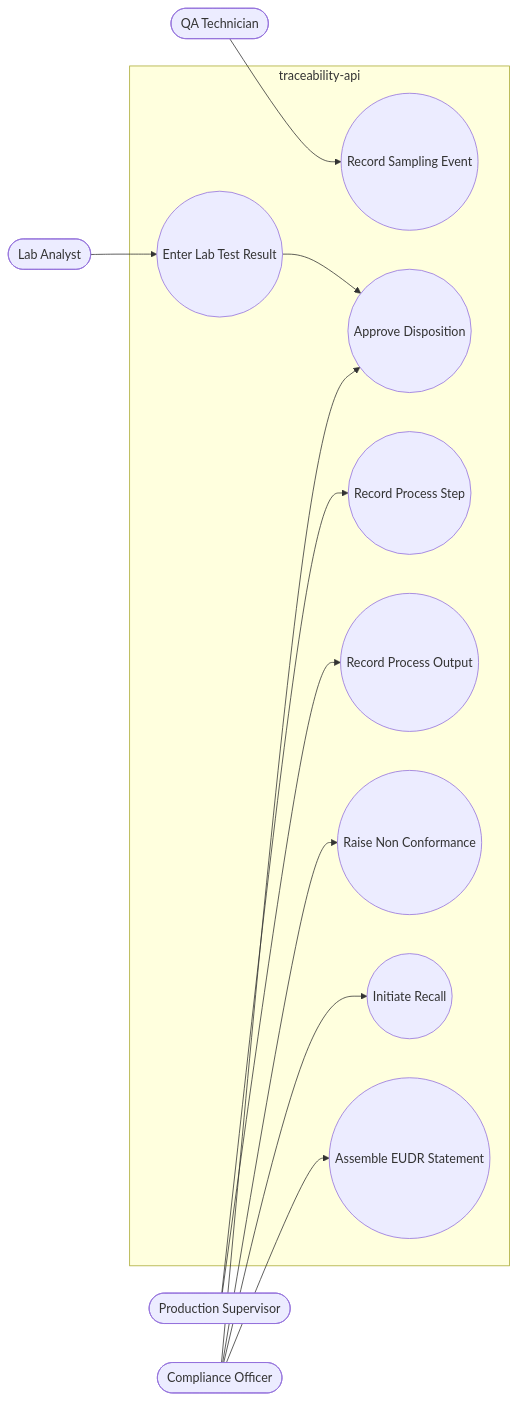
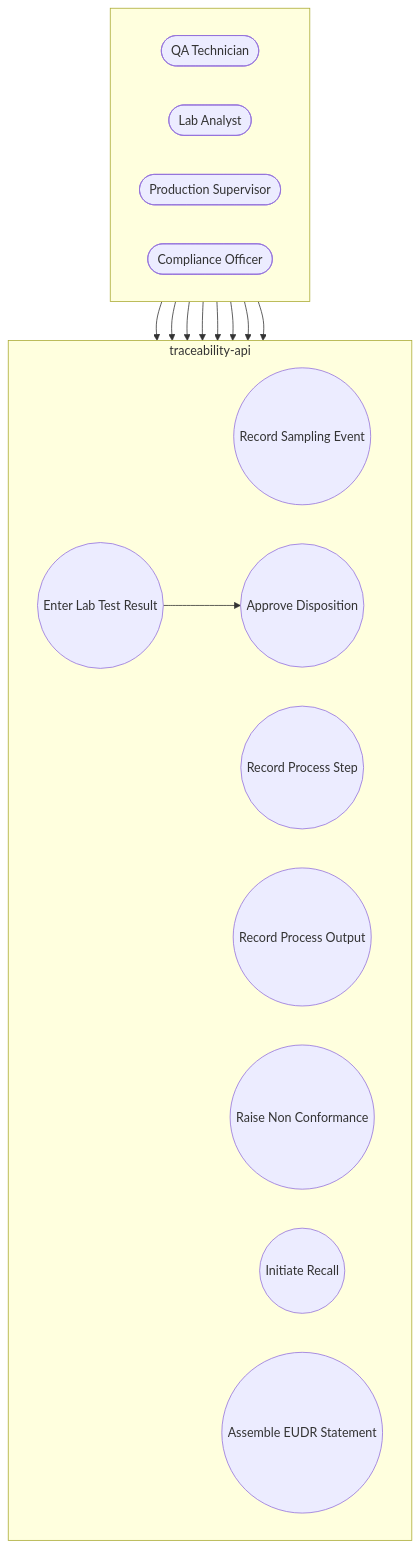
Before and after one commit to Bengo-Hub/shared-docs: the fifth of 9 diagrams in processa-integration/architecture/processa-integration-architecture.md, drawn with Mermaid. The commit also changed other lines of this file and 2 other files, not shown here.

````diff
--- a/processa-integration/architecture/processa-integration-architecture.md
+++ b/processa-integration/architecture/processa-integration-architecture.md
@@ -255,26 +259,30 @@
 ```mermaid
-flowchart LR
-    B1(["QA Technician"])
-    B2(["Lab Analyst"])
-    B3(["Production Supervisor"])
-    B4(["Compliance Officer"])
+flowchart TB
+    subgraph Actors2[" "]
+        direction LR
+        B1(["QA Technician"])
+        B2(["Lab Analyst"])
+        B3(["Production Supervisor"])
+        B4(["Compliance Officer"])
+    end
     subgraph UC2["traceability-api"]
+        direction LR
         V1((Record Sampling Event))
         V2((Enter Lab Test Result))
         V3((Approve Disposition))
         V4((Record Process Step))
         V5((Record Process Output))
         V6((Raise Non Conformance))
         V7((Initiate Recall))
         V8((Assemble EUDR Statement))
     end
     B1 --> V1
     B2 --> V2
     V2 --> V3
     B4 --> V3
     B3 --> V4
     B3 --> V5
     B4 --> V6
     B4 --> V7
     B4 --> V8
 ```
````
